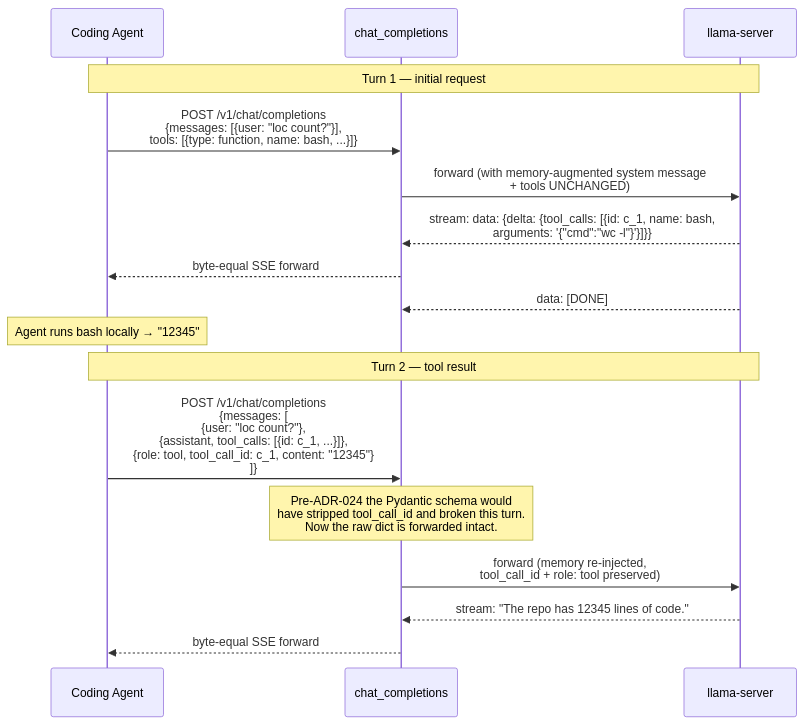
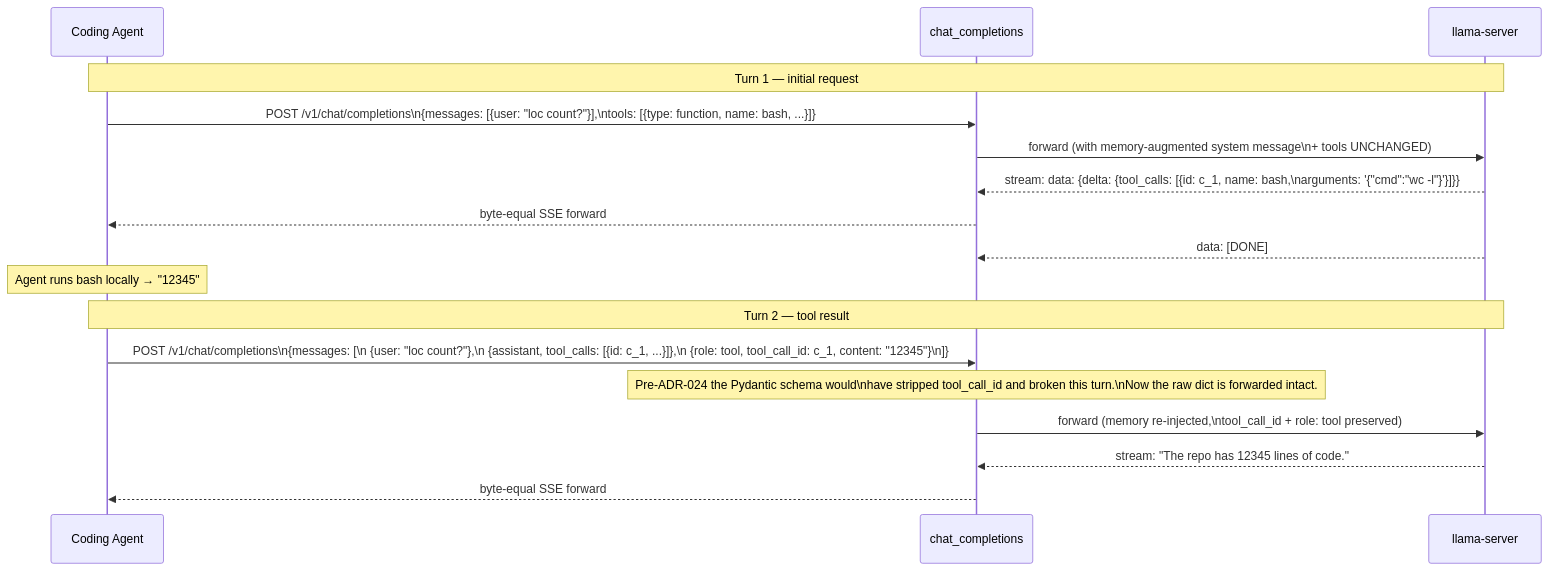
One commit to lfdesousa/AuditTrace-AI changed the second of 4 diagrams in docs/architecture/sequence-chat-completions.md. Above: the diagram before and after it, drawn with Mermaid. The commit also changed other lines of this file and 4 other files, not shown here.

First line of the commit message:
fix(docs): replace HTML br tags with Mermaid newlines in sequence diagrams

````diff
--- a/docs/architecture/sequence-chat-completions.md
+++ b/docs/architecture/sequence-chat-completions.md
@@ -114,26 +114,26 @@
 ```mermaid
 sequenceDiagram
     participant Agent as Coding Agent
     participant Chat as chat_completions
     participant LLM as llama-server
 
     Note over Agent,LLM: Turn 1 — initial request
 
-    Agent->>Chat: POST /v1/chat/completions<br/>{messages: [{user: "loc count?"}],<br/>tools: [{type: function, name: bash, ...}]}
-    Chat->>LLM: forward (with memory-augmented system message<br/>+ tools UNCHANGED)
-    LLM-->>Chat: stream: data: {delta: {tool_calls: [{id: c_1, name: bash,<br/>arguments: '{"cmd":"wc -l"}'}]}}
+    Agent->>Chat: POST /v1/chat/completions\n{messages: [{user: "loc count?"}],\ntools: [{type: function, name: bash, ...}]}
+    Chat->>LLM: forward (with memory-augmented system message\n+ tools UNCHANGED)
+    LLM-->>Chat: stream: data: {delta: {tool_calls: [{id: c_1, name: bash,\narguments: '{"cmd":"wc -l"}'}]}}
     Chat-->>Agent: byte-equal SSE forward
     LLM-->>Chat: data: [DONE]
 
     Note over Agent: Agent runs bash locally → "12345"
 
     Note over Agent,LLM: Turn 2 — tool result
 
-    Agent->>Chat: POST /v1/chat/completions<br/>{messages: [<br/>  {user: "loc count?"},<br/>  {assistant, tool_calls: [{id: c_1, ...}]},<br/>  {role: tool, tool_call_id: c_1, content: "12345"}<br/>]}
+    Agent->>Chat: POST /v1/chat/completions\n{messages: [\n  {user: "loc count?"},\n  {assistant, tool_calls: [{id: c_1, ...}]},\n  {role: tool, tool_call_id: c_1, content: "12345"}\n]}
 
-    Note over Chat: Pre-ADR-024 the Pydantic schema would<br/>have stripped tool_call_id and broken this turn.<br/>Now the raw dict is forwarded intact.
+    Note over Chat: Pre-ADR-024 the Pydantic schema would\nhave stripped tool_call_id and broken this turn.\nNow the raw dict is forwarded intact.
 
-    Chat->>LLM: forward (memory re-injected,<br/>tool_call_id + role: tool preserved)
+    Chat->>LLM: forward (memory re-injected,\ntool_call_id + role: tool preserved)
     LLM-->>Chat: stream: "The repo has 12345 lines of code."
     Chat-->>Agent: byte-equal SSE forward
 ```
````
